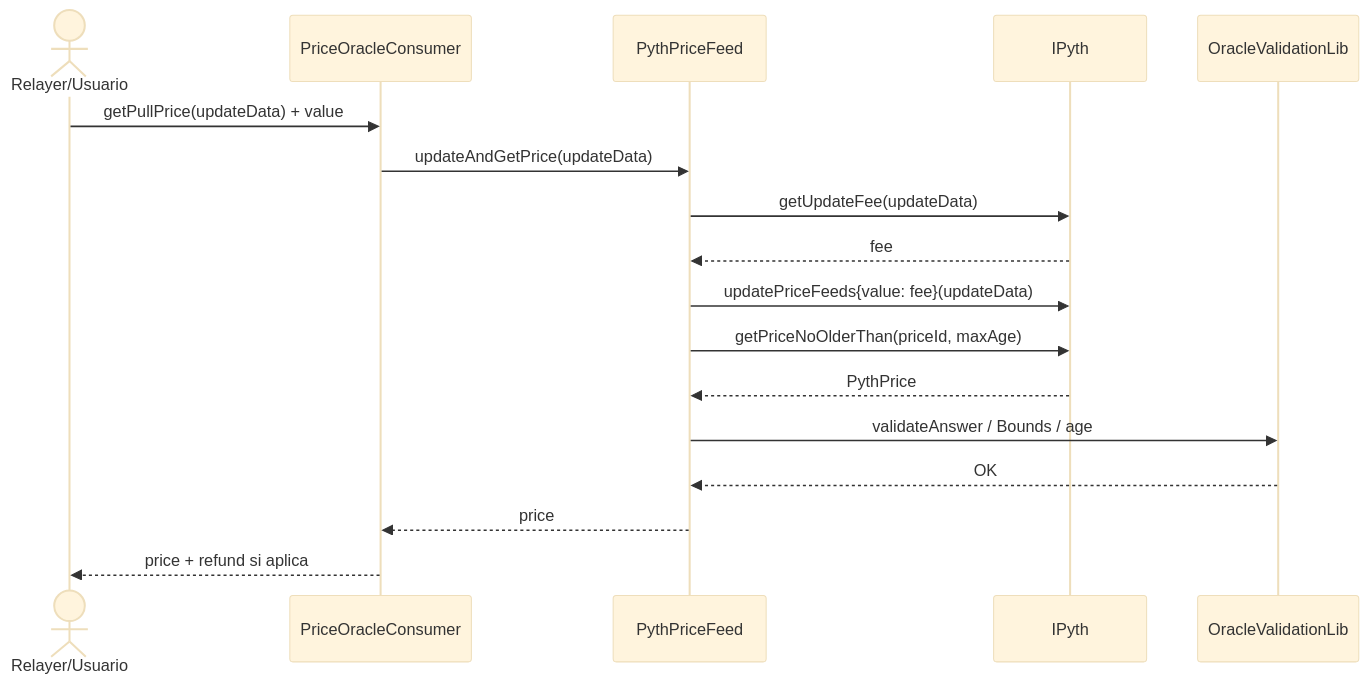
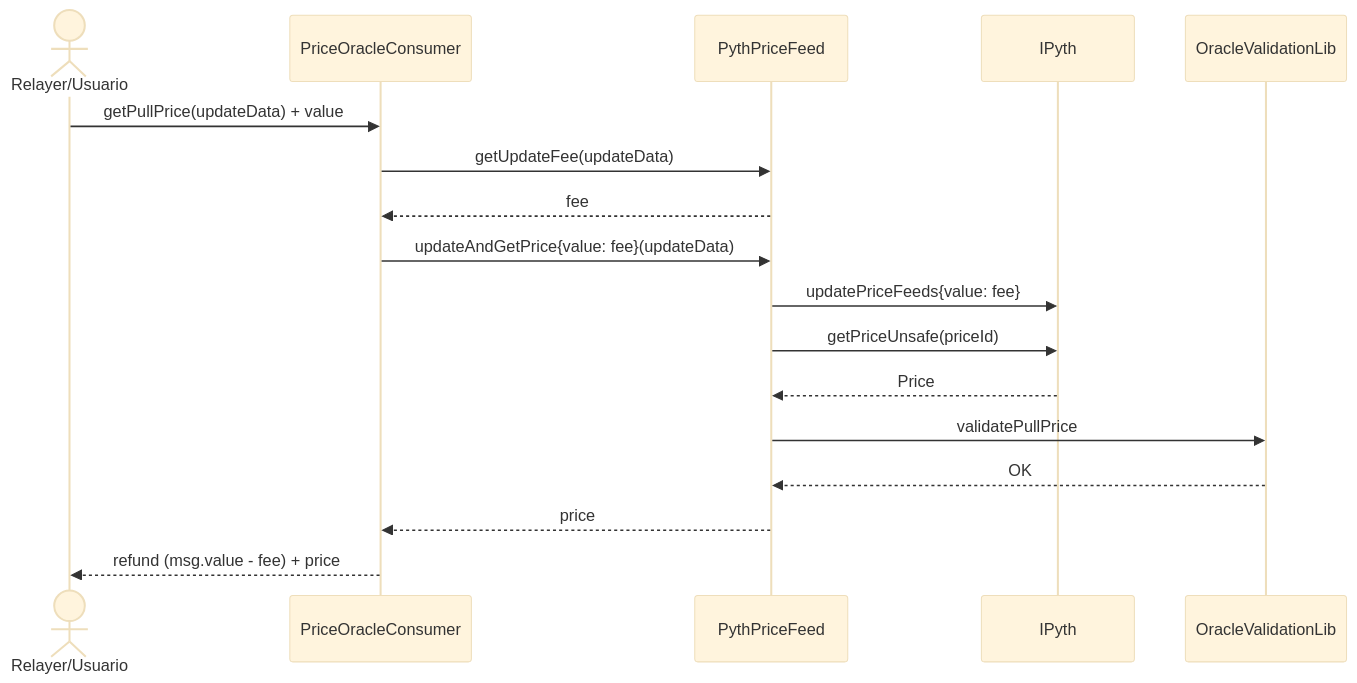
One commit to rastrahm/decentralized-oracles changed the sixth of 7 diagrams in doc/flujograma.md. Above: the diagram before and after it, drawn with Mermaid (base theme). The commit also changed other lines of this file and 12 other files, not shown here.

````diff
--- a/doc/flujograma.md
+++ b/doc/flujograma.md
@@ -125,20 +131,20 @@
 ```mermaid
 sequenceDiagram
     actor Relayer as Relayer/Usuario
     participant Cons as PriceOracleConsumer
     participant PF as PythPriceFeed
     participant Pyth as IPyth
     participant Lib as OracleValidationLib
 
     Relayer->>Cons: getPullPrice(updateData) + value
-    Cons->>PF: updateAndGetPrice(updateData)
-    PF->>Pyth: getUpdateFee(updateData)
-    Pyth-->>PF: fee
-    PF->>Pyth: updatePriceFeeds{value: fee}(updateData)
-    PF->>Pyth: getPriceNoOlderThan(priceId, maxAge)
-    Pyth-->>PF: PythPrice
-    PF->>Lib: validateAnswer / Bounds / age
+    Cons->>PF: getUpdateFee(updateData)
+    PF-->>Cons: fee
+    Cons->>PF: updateAndGetPrice{value: fee}(updateData)
+    PF->>Pyth: updatePriceFeeds{value: fee}
+    PF->>Pyth: getPriceUnsafe(priceId)
+    Pyth-->>PF: Price
+    PF->>Lib: validatePullPrice
     Lib-->>PF: OK
     PF-->>Cons: price
-    Cons-->>Relayer: price + refund si aplica
+    Cons-->>Relayer: refund (msg.value - fee) + price
 ```
````
